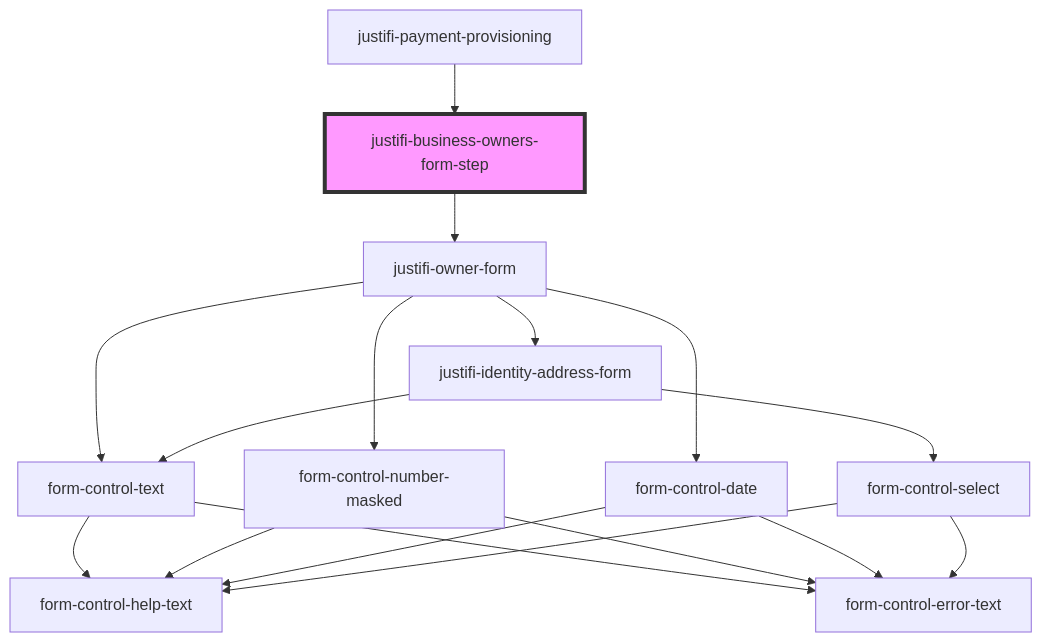
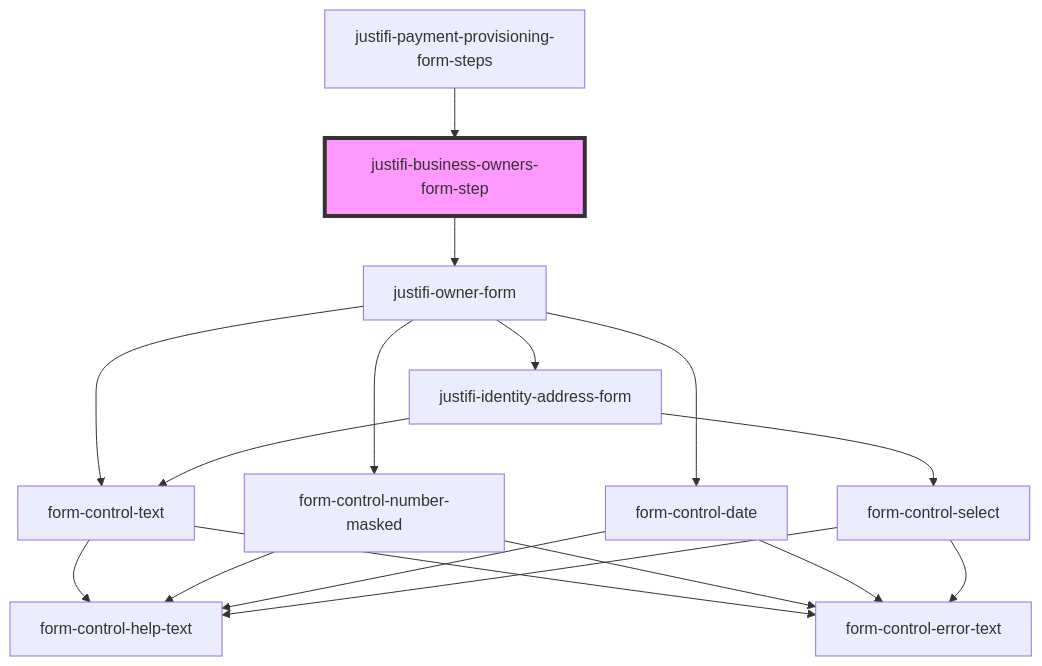
One commit to justifi-tech/web-component-library changed the diagram in packages/webcomponents/src/components/business-forms/payment-provisioning/business-owners/readme.md. Above: the diagram before and after it, drawn with Mermaid. The commit also changed other lines of this file and 5 other files, not shown here.

````diff
--- a/packages/webcomponents/src/components/business-forms/payment-provisioning/business-owners/readme.md
+++ b/packages/webcomponents/src/components/business-forms/payment-provisioning/business-owners/readme.md
@@ -57,20 +57,20 @@
 ```mermaid
 graph TD;
   justifi-business-owners-form-step --> justifi-owner-form
   justifi-owner-form --> form-control-text
   justifi-owner-form --> form-control-number-masked
   justifi-owner-form --> form-control-date
   justifi-owner-form --> justifi-identity-address-form
   form-control-text --> form-control-help-text
   form-control-text --> form-control-error-text
   form-control-number-masked --> form-control-help-text
   form-control-number-masked --> form-control-error-text
   form-control-date --> form-control-help-text
   form-control-date --> form-control-error-text
   justifi-identity-address-form --> form-control-text
   justifi-identity-address-form --> form-control-select
   form-control-select --> form-control-help-text
   form-control-select --> form-control-error-text
-  justifi-payment-provisioning --> justifi-business-owners-form-step
+  justifi-payment-provisioning-form-steps --> justifi-business-owners-form-step
   style justifi-business-owners-form-step fill:#f9f,stroke:#333,stroke-width:4px
 ```
````
